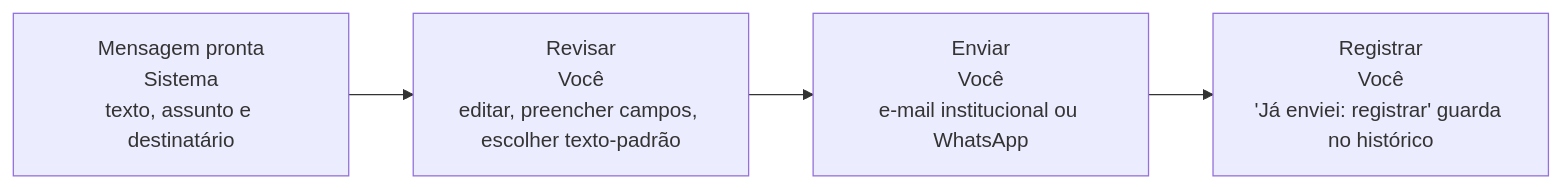
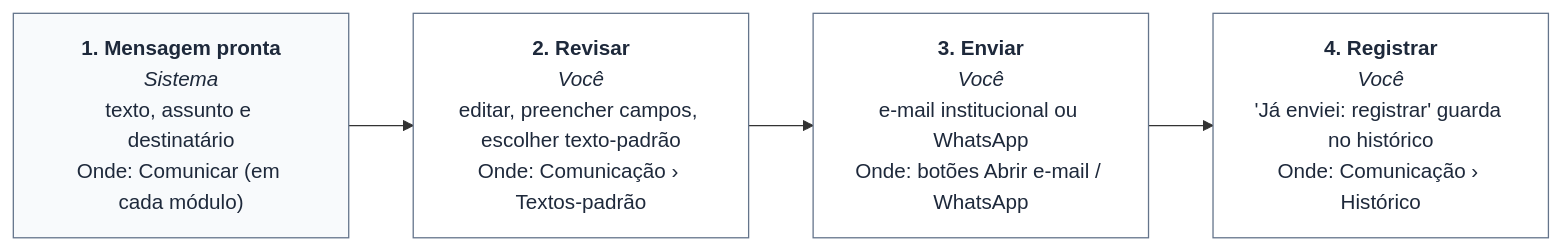
The sixth of 14 diagrams in docs/MANUAL_DO_USUARIO.md (cctrc-bvg/sgc-redes-bvg), drawn with Mermaid before and after one commit. The commit also changed other lines of this file and 109 other files, not shown here.

````diff
--- a/docs/MANUAL_DO_USUARIO.md
+++ b/docs/MANUAL_DO_USUARIO.md
@@ -380,10 +441,15 @@
 ```mermaid
 flowchart LR
-  E0["Mensagem pronta<br/>Sistema<br/>texto, assunto e destinatário"]
-  E1["Revisar<br/>Você<br/>editar, preencher campos, escolher texto-padrão"]
+  classDef gestao fill:#e8f5ea,stroke:#237a32,color:#1b5e27
+  classDef docencia fill:#e8f0fb,stroke:#1d5fb8,color:#174a8f
+  classDef setor fill:#fffbeb,stroke:#d97706,color:#78350f
+  classDef sistema fill:#f8fafc,stroke:#64748b,color:#1e293b
+  classDef todos fill:#ffffff,stroke:#64748b,color:#1e293b
+  E0["<b>1. Mensagem pronta</b><br/><i>Sistema</i><br/>texto, assunto e destinatário<br/>Onde: Comunicar (em cada módulo)"]:::sistema
+  E1["<b>2. Revisar</b><br/><i>Você</i><br/>editar, preencher campos, escolher texto-padrão<br/>Onde: Comunicação › Textos-padrão"]:::todos
   E0 --> E1
-  E2["Enviar<br/>Você<br/>e-mail institucional ou WhatsApp"]
+  E2["<b>3. Enviar</b><br/><i>Você</i><br/>e-mail institucional ou WhatsApp<br/>Onde: botões Abrir e-mail / WhatsApp"]:::todos
   E1 --> E2
-  E3["Registrar<br/>Você<br/>'Já enviei: registrar' guarda no histórico"]
+  E3["<b>4. Registrar</b><br/><i>Você</i><br/>'Já enviei: registrar' guarda no histórico<br/>Onde: Comunicação › Histórico"]:::todos
   E2 --> E3
 ```
````
